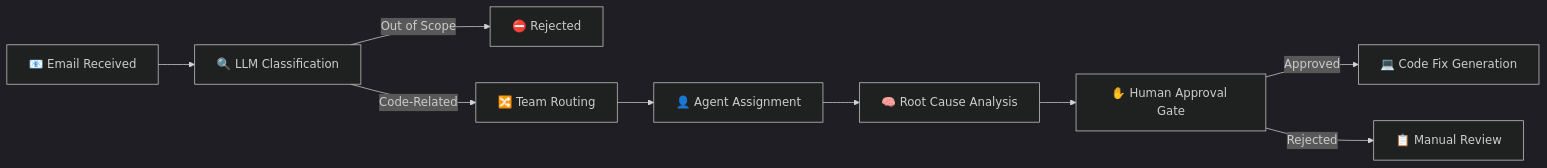
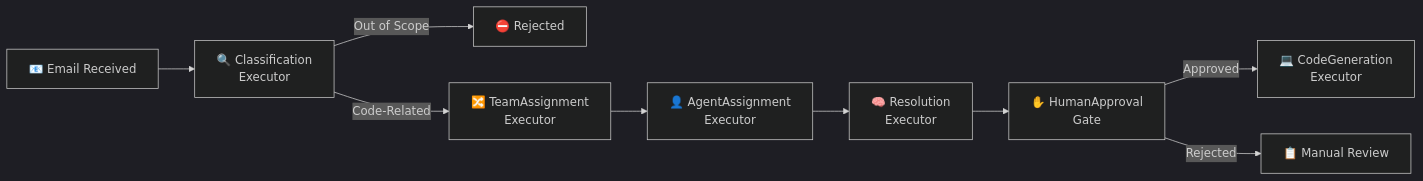
Before and after one commit to GabrieleTronchin/AiSupportWorkflow: the second of 2 diagrams in README.md, drawn with Mermaid (dark theme). The commit also changed other lines of this file, not shown here.

First line of the commit message:
docs: update README for Agent Framework Workflows migration

````diff
--- a/README.md
+++ b/README.md
@@ -66,11 +66,11 @@
 ```mermaid
 flowchart LR
-    E[📧 Email Received] --> C[🔍 LLM Classification]
+    E[📧 Email Received] --> C[🔍 Classification<br/>Executor]
     C -->|Out of Scope| OOS[⛔ Rejected]
-    C -->|Code-Related| TR[🔀 Team Routing]
-    TR --> AS[👤 Agent Assignment]
-    AS --> R[🧠 Root Cause Analysis]
-    R --> HA[✋ Human Approval Gate]
-    HA -->|Approved| CG[💻 Code Fix Generation]
+    C -->|Code-Related| TR[🔀 TeamAssignment<br/>Executor]
+    TR --> AS[👤 AgentAssignment<br/>Executor]
+    AS --> R[🧠 Resolution<br/>Executor]
+    R --> HA[✋ HumanApproval<br/>Gate]
+    HA -->|Approved| CG[💻 CodeGeneration<br/>Executor]
     HA -->|Rejected| MR[📋 Manual Review]
 ```
````
